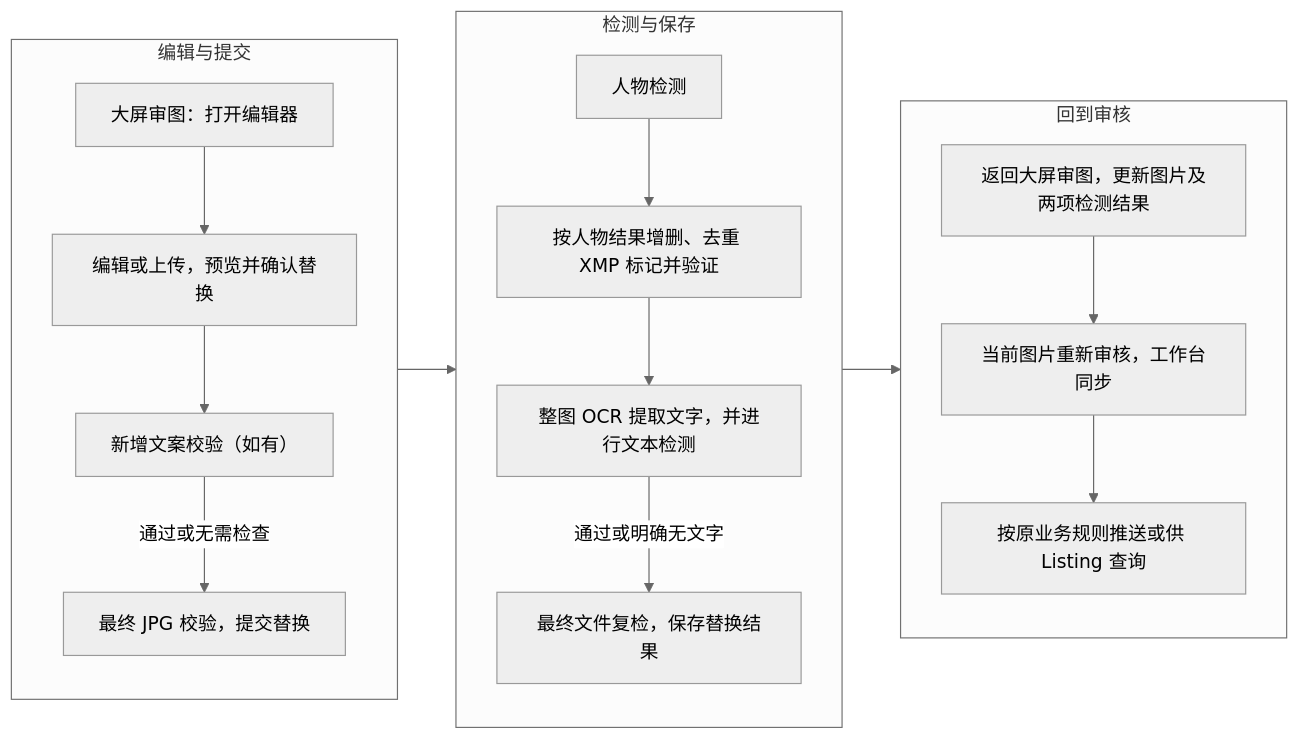
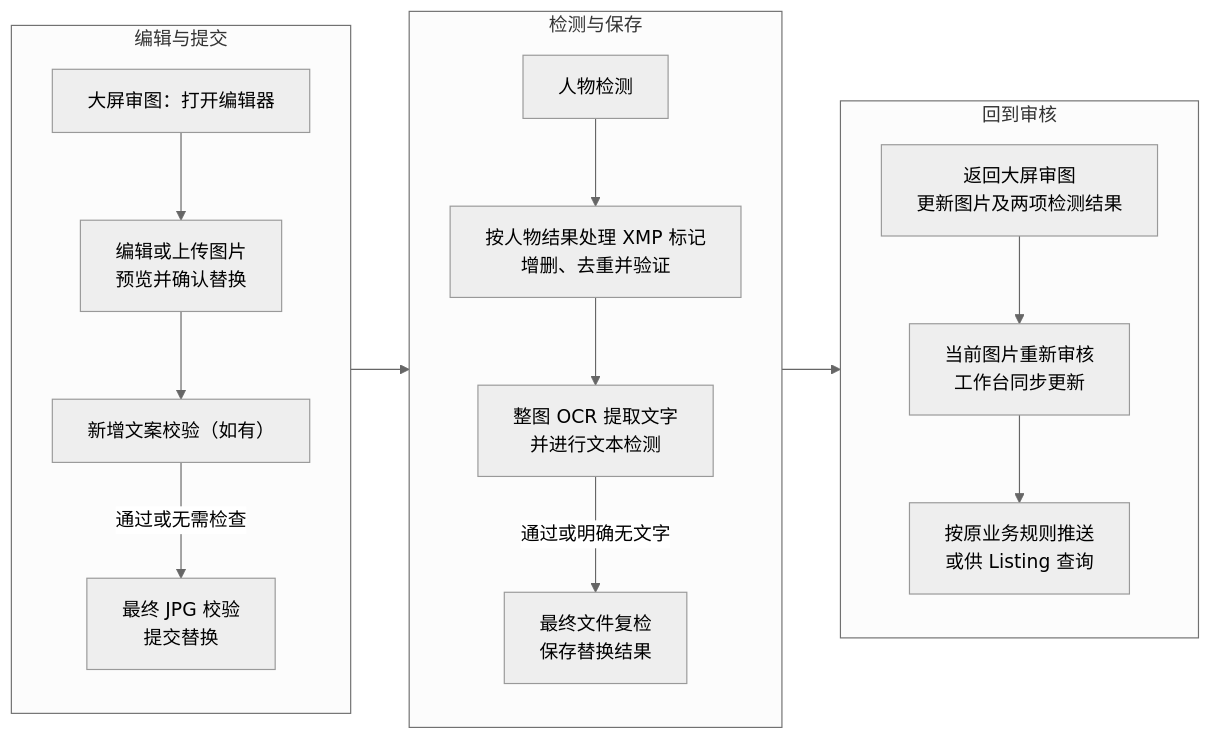
The diagram in prd/2026-09/M-37218-image-secondary-editing/README.md (xuqiang97/ai-image-prd-hub), drawn with Mermaid (neutral theme) before and after one commit.

Commit message:
docs: wrap M-37218 flowchart labels for GitHub (#39)

````diff
--- a/prd/2026-09/M-37218-image-secondary-editing/README.md
+++ b/prd/2026-09/M-37218-image-secondary-editing/README.md
@@ -51,24 +51,32 @@
 ```mermaid
 flowchart LR
     subgraph Edit["编辑与提交"]
         direction TB
-        A["大屏审图：打开编辑器"] --> B["编辑或上传，预览并确认替换"]
+        A["大屏审图：打开编辑器"] --> B["`编辑或上传图片
+预览并确认替换`"]
         B --> C["新增文案校验（如有）"]
-        C -->|通过或无需检查| D["最终 JPG 校验，提交替换"]
+        C -->|通过或无需检查| D["`最终 JPG 校验
+提交替换`"]
     end
 
     subgraph Detect["检测与保存"]
         direction TB
-        E["人物检测"] --> F["按人物结果增删、去重 XMP 标记并验证"]
-        F --> G["整图 OCR 提取文字，并进行文本检测"]
-        G -->|通过或明确无文字| H["最终文件复检，保存替换结果"]
+        E["人物检测"] --> F["`按人物结果处理 XMP 标记
+增删、去重并验证`"]
+        F --> G["`整图 OCR 提取文字
+并进行文本检测`"]
+        G -->|通过或明确无文字| H["`最终文件复检
+保存替换结果`"]
     end
 
     subgraph Review["回到审核"]
         direction TB
-        I["返回大屏审图，更新图片及两项检测结果"] --> J["当前图片重新审核，工作台同步"]
-        J --> K["按原业务规则推送或供 Listing 查询"]
+        I["`返回大屏审图
+更新图片及两项检测结果`"] --> J["`当前图片重新审核
+工作台同步更新`"]
+        J --> K["`按原业务规则推送
+或供 Listing 查询`"]
     end
 
     Edit --> Detect --> Review
 ```
````
